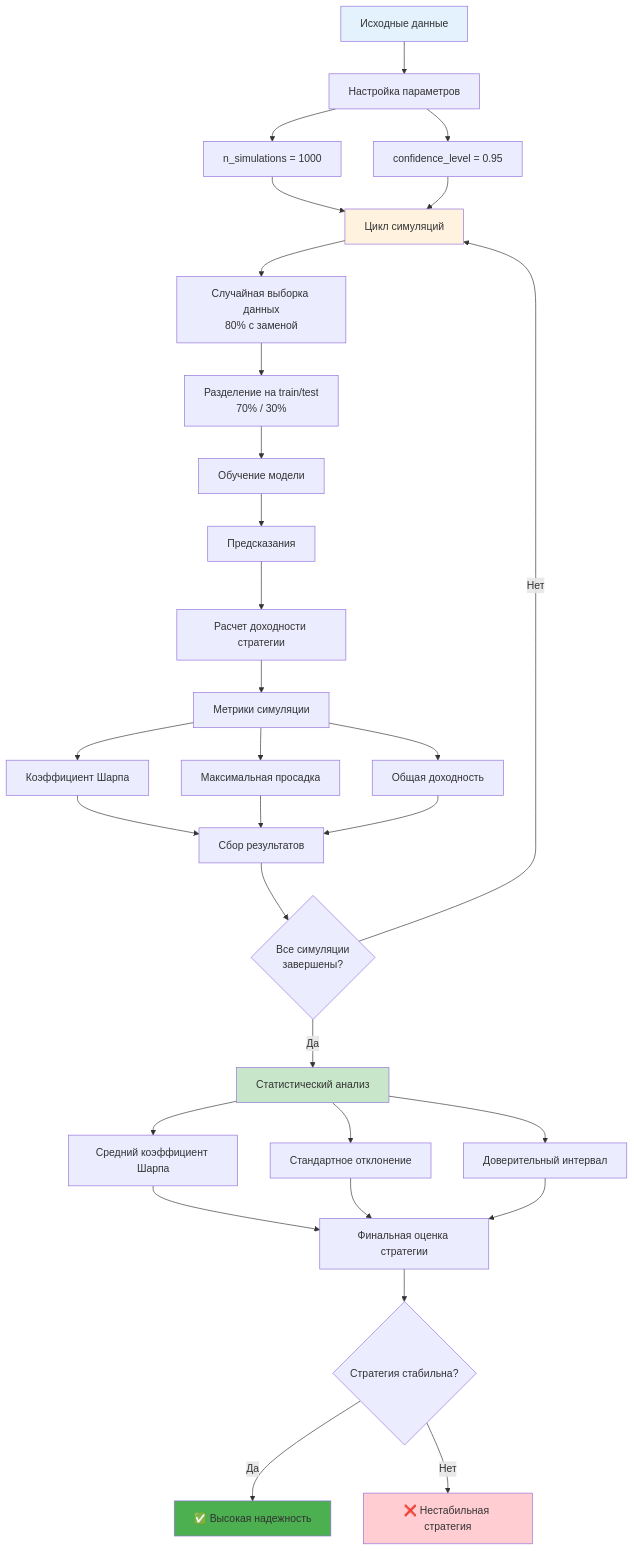
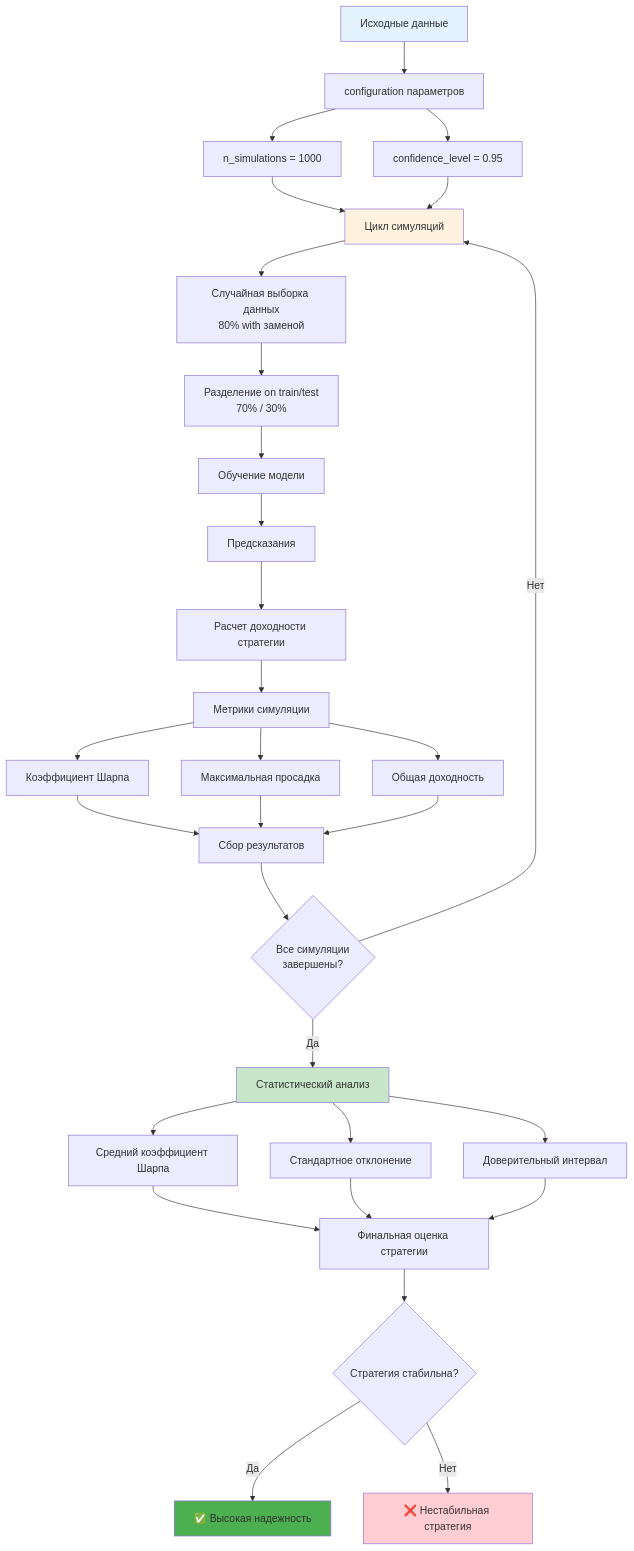
One commit to NeoZorK/neozork-hld-prediction changed the fourth of 9 diagrams in docs/automl/gluon/29_backtesting_methods.md. Above: the diagram before and after it, drawn with Mermaid. The commit also changed other lines of this file and 19 other files, not shown here.

````diff
--- a/docs/automl/gluon/29_backtesting_methods.md
+++ b/docs/automl/gluon/29_backtesting_methods.md
@@ -590,47 +590,47 @@
 ```mermaid
 graph TD
-    A[Исходные данные] --> B[Настройка параметров]
-    B --> C[n_simulations = 1000]
-    B --> D[confidence_level = 0.95]
-    
-    C --> E[Цикл симуляций]
-    D --> E
-    
-    E --> F[Случайная выборка данных<br/>80% с заменой]
-    F --> G[Разделение на train/test<br/>70% / 30%]
-    
-    G --> H[Обучение модели]
-    H --> I[Предсказания]
-    I --> J[Расчет доходности стратегии]
-    
-    J --> K[Метрики симуляции]
-    K --> L[Коэффициент Шарпа]
-    K --> M[Максимальная просадка]
-    K --> N[Общая доходность]
-    
-    L --> O[Сбор результатов]
-    M --> O
-    N --> O
-    
-    O --> P{Все симуляции<br/>завершены?}
-    P -->|Нет| E
-    P -->|Да| Q[Статистический анализ]
-    
-    Q --> R[Средний коэффициент Шарпа]
-    Q --> S[Стандартное отклонение]
-    Q --> T[Доверительный интервал]
-    
-    R --> U[Финальная оценка стратегии]
-    S --> U
-    T --> U
-    
-    U --> V{Стратегия стабильна?}
-    V -->|Да| W[✅ Высокая надежность]
-    V -->|Нет| X[❌ Нестабильная стратегия]
-    
-    style A fill:#e3f2fd
-    style E fill:#fff3e0
-    style Q fill:#c8e6c9
-    style W fill:#4caf50
-    style X fill:#ffcdd2
+ A[Исходные данные] --> B[configuration параметров]
+ B --> C[n_simulations = 1000]
+ B --> D[confidence_level = 0.95]
+
+ C --> E[Цикл симуляций]
+ D --> E
+
+ E --> F[Случайная выборка данных<br/>80% with заменой]
+ F --> G[Разделение on train/test<br/>70% / 30%]
+
+ G --> H[Обучение модели]
+ H --> I[Предсказания]
+ I --> J[Расчет доходности стратегии]
+
+ J --> K[Метрики симуляции]
+ K --> L[Коэффициент Шарпа]
+ K --> M[Максимальная просадка]
+ K --> N[Общая доходность]
+
+ L --> O[Сбор результатов]
+ M --> O
+ N --> O
+
+ O --> P{Все симуляции<br/>завершены?}
+ P -->|Нет| E
+ P -->|Да| Q[Статистический анализ]
+
+ Q --> R[Средний коэффициент Шарпа]
+ Q --> S[Стандартное отклонение]
+ Q --> T[Доверительный интервал]
+
+ R --> U[Финальная оценка стратегии]
+ S --> U
+ T --> U
+
+ U --> V{Стратегия стабильна?}
+ V -->|Да| W[✅ Высокая надежность]
+ V -->|Нет| X[❌ Нестабильная стратегия]
+
+ style A fill:#e3f2fd
+ style E fill:#fff3e0
+ style Q fill:#c8e6c9
+ style W fill:#4caf50
+ style X fill:#ffcdd2
 ```
````
